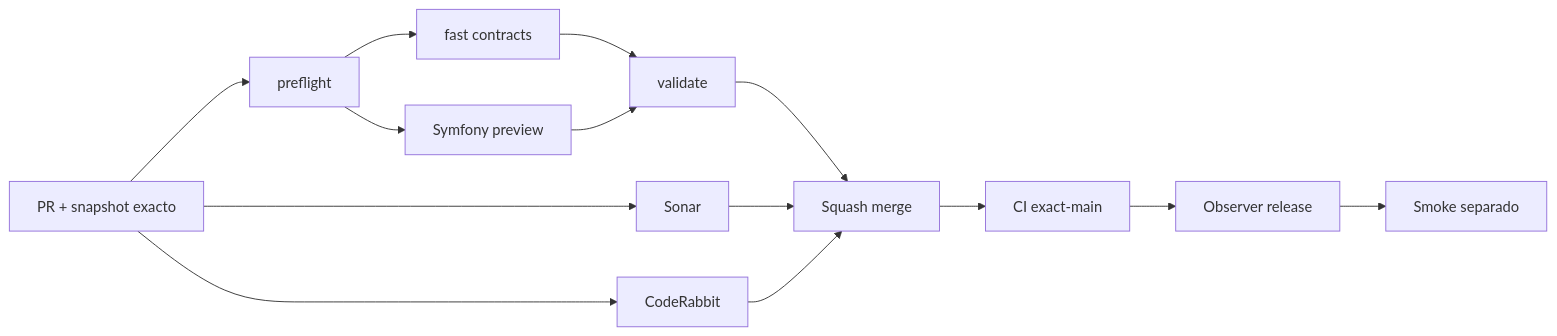
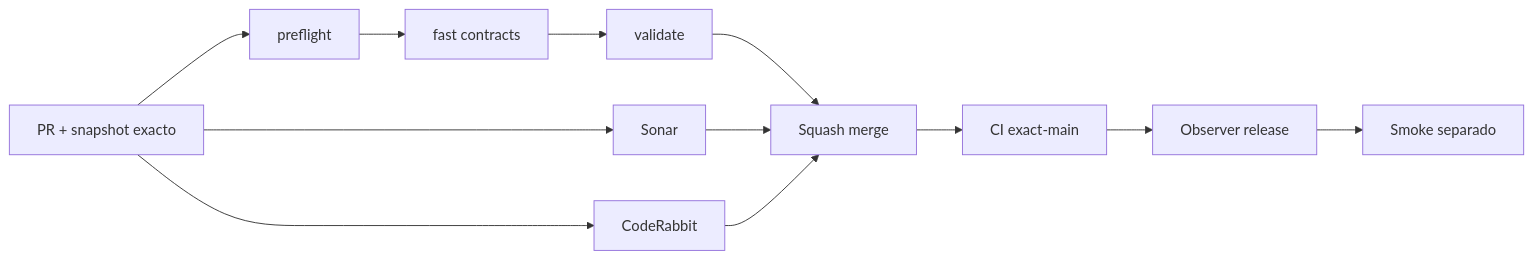
One commit to pl0n3r/GrindFlow changed the diagram in README.md. Above: the diagram before and after it, drawn with Mermaid. The commit also changed other lines of this file and 3 other files, not shown here.

````diff
--- a/README.md
+++ b/README.md
@@ -46,16 +46,14 @@
 ```mermaid
 flowchart LR
  A["PR + snapshot exacto"] --> P["preflight"]
  P --> F["fast contracts"]
- P --> Y["Symfony preview"]
  F --> V["validate"]
- Y --> V
  A --> S["Sonar"]
  A --> C["CodeRabbit"]
  V --> M["Squash merge"]
  S --> M
  C --> M
  M --> X["CI exact-main"]
  X --> O["Observer release"]
  O --> T["Smoke separado"]
 ```
````
